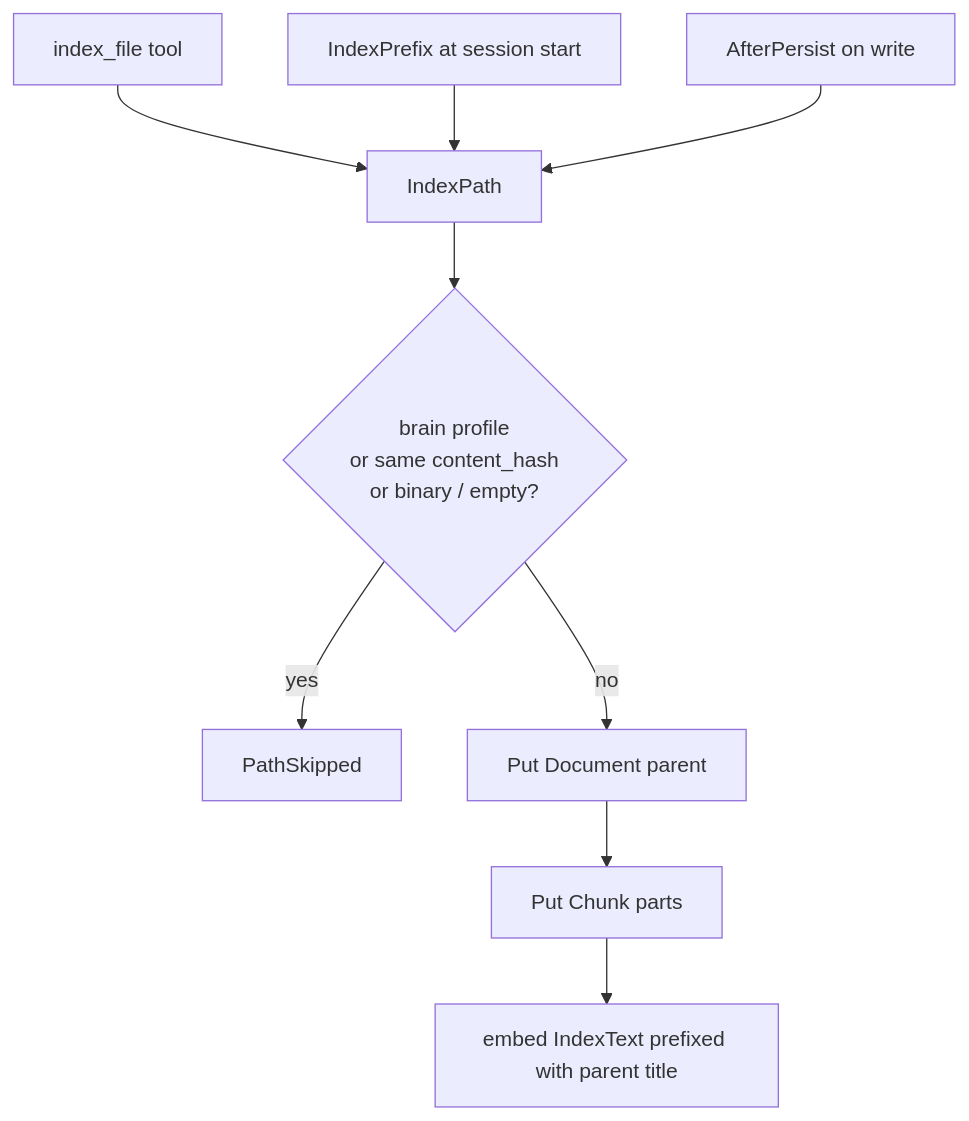
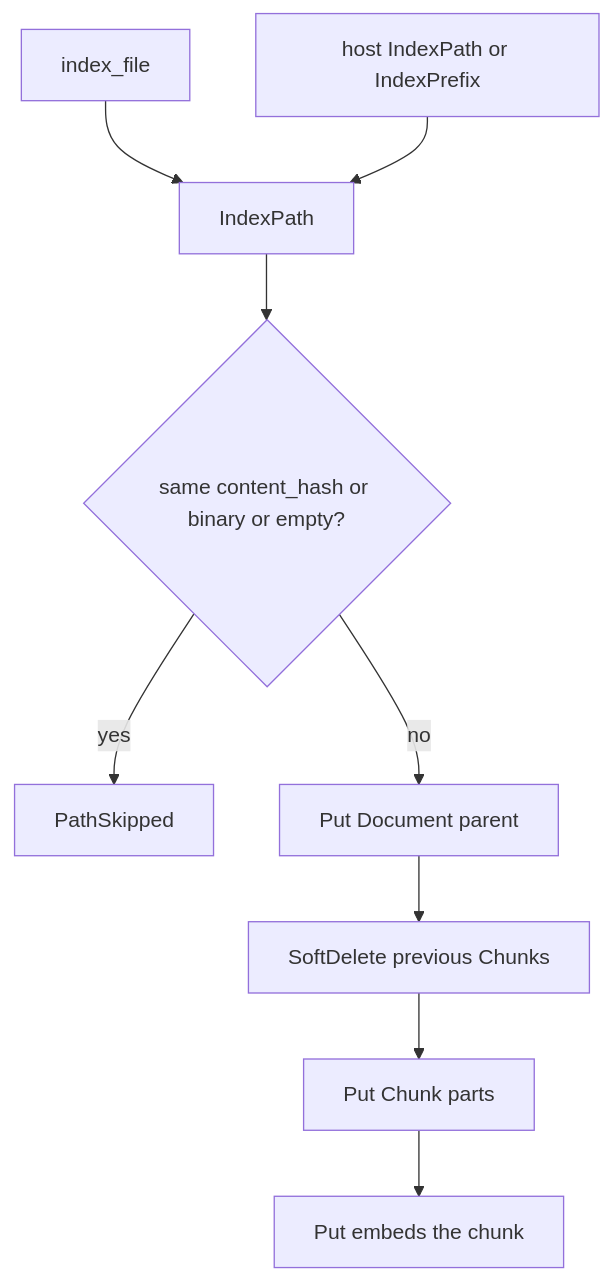
One commit to FarhanKhondakar/tacklr changed the fourth of 8 diagrams in docs/knowledge.md. Above: the diagram before and after it, drawn with Mermaid. The commit also changed other lines of this file and 103 other files, not shown here.

First line of the commit message:
Simplify mounts and leave file-index sync to the host (#159)

````diff
--- a/docs/knowledge.md
+++ b/docs/knowledge.md
@@ -342,11 +344,11 @@
 ```mermaid
 flowchart TD
-    A[index_file tool] --> IP[IndexPath]
-    B[IndexPrefix at session start] --> IP
-    C[AfterPersist on write] --> IP
-    IP --> Skip{brain profile<br/>or same content_hash<br/>or binary / empty?}
+    A[index_file] --> IP[IndexPath]
+    B[host IndexPath or IndexPrefix] --> IP
+    IP --> Skip{same content_hash or binary or empty?}
     Skip -->|yes| Out[PathSkipped]
     Skip -->|no| Doc[Put Document parent]
-    Doc --> Chunks[Put Chunk parts]
-    Chunks --> Emb[embed IndexText prefixed with parent title]
+    Doc --> Drop[SoftDelete previous Chunks]
+    Drop --> Chunks[Put Chunk parts]
+    Chunks --> Emb[Put embeds the chunk]
 ```
````
